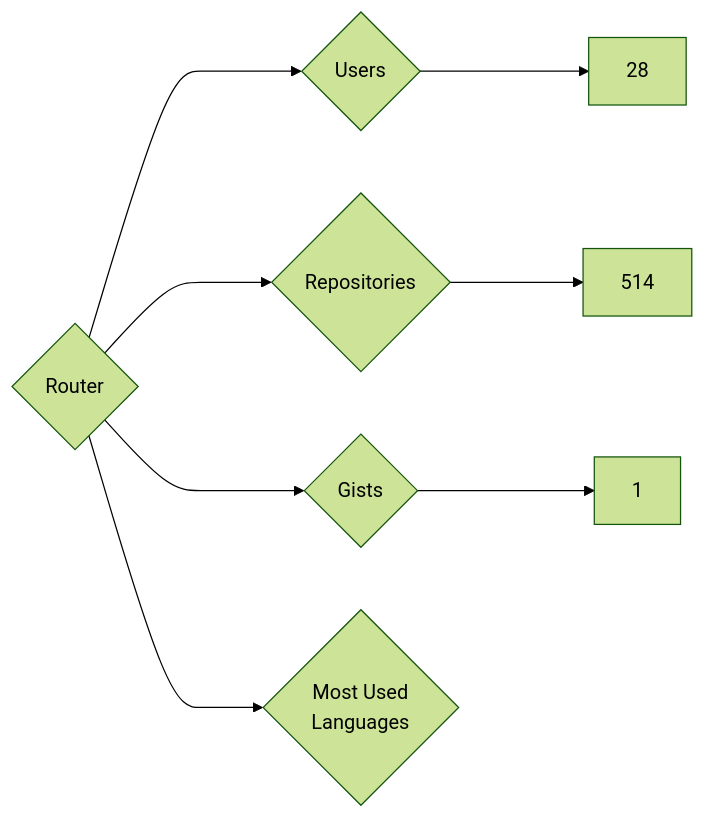
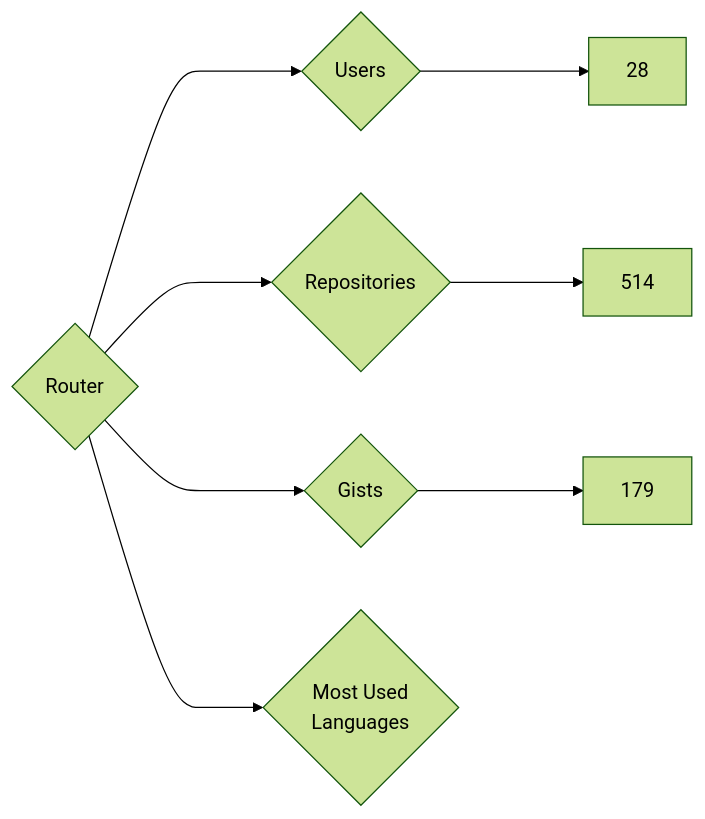
Before and after one commit to nenadzaric/insiders: the diagram in targets/Router/README.md, drawn with Mermaid (forest theme). The commit also changed 1342 other files, not shown here.

````diff
--- a/targets/Router/README.md
+++ b/targets/Router/README.md
@@ -3,8 +3,8 @@
 ```mermaid
 graph LR
 COMPANY_NAME{Router}
 COMPANY_NAME ---> U{Users} ---> UN[28]
 COMPANY_NAME ---> R{Repositories} ---> RN[514]
-COMPANY_NAME ---> G{Gists} ---> GN[1]
+COMPANY_NAME ---> G{Gists} ---> GN[179]
 COMPANY_NAME ---> ML{Most Used<br>Languages}
 ```
````
